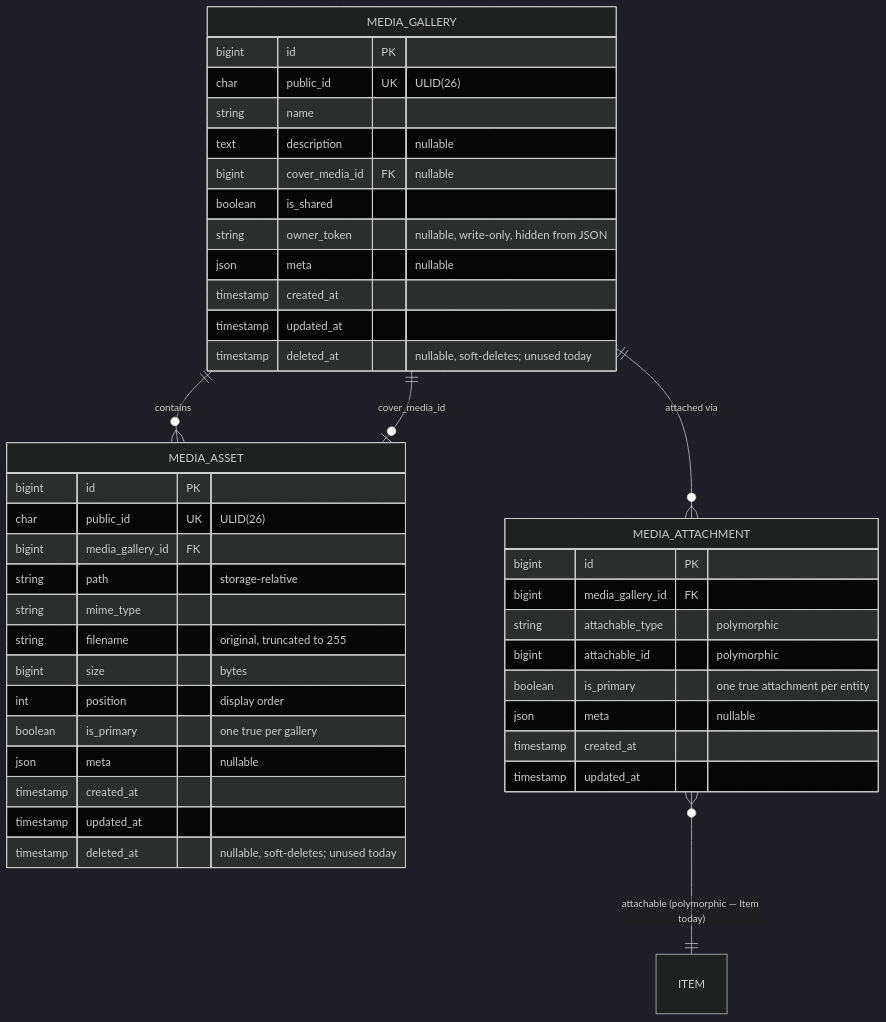
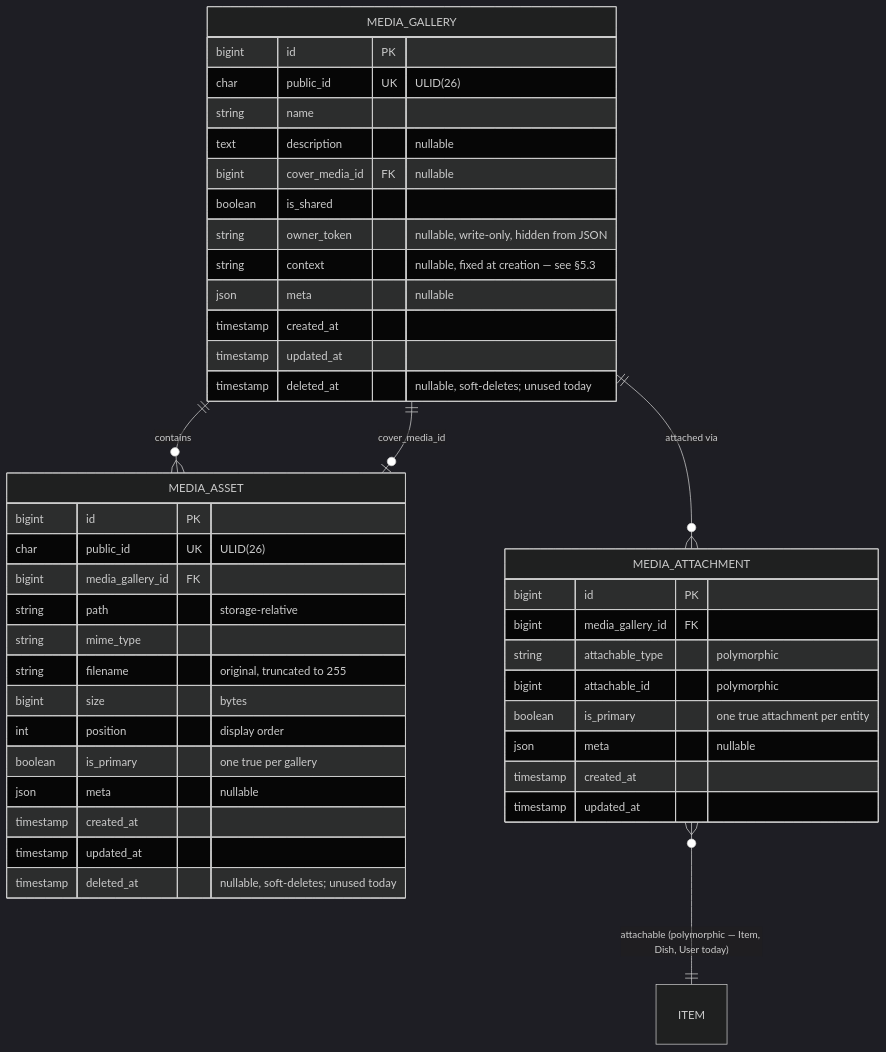
Before and after one commit to pakodiazdev/sushigo: the first of 6 diagrams in doc/architecture/media/media-architecture.en.md, drawn with Mermaid (dark theme). The commit also changed other lines of this file and 70 other files, not shown here.

````diff
--- a/doc/architecture/media/media-architecture.en.md
+++ b/doc/architecture/media/media-architecture.en.md
@@ -27,48 +27,49 @@
 ```mermaid
 erDiagram
     MEDIA_GALLERY ||--o{ MEDIA_ASSET : contains
     MEDIA_GALLERY ||--o{ MEDIA_ATTACHMENT : "attached via"
     MEDIA_GALLERY ||--o| MEDIA_ASSET : "cover_media_id"
-    MEDIA_ATTACHMENT }o--|| ITEM : "attachable (polymorphic — Item today)"
+    MEDIA_ATTACHMENT }o--|| ITEM : "attachable (polymorphic — Item, Dish, User today)"
 
     MEDIA_GALLERY {
         bigint id PK
         char public_id UK "ULID(26)"
         string name
         text description "nullable"
         bigint cover_media_id FK "nullable"
         boolean is_shared
         string owner_token "nullable, write-only, hidden from JSON"
+        string context "nullable, fixed at creation — see §5.3"
         json meta "nullable"
         timestamp created_at
         timestamp updated_at
         timestamp deleted_at "nullable, soft-deletes; unused today"
     }
 
     MEDIA_ASSET {
         bigint id PK
         char public_id UK "ULID(26)"
         bigint media_gallery_id FK
         string path "storage-relative"
         string mime_type
         string filename "original, truncated to 255"
         bigint size "bytes"
         int position "display order"
         boolean is_primary "one true per gallery"
         json meta "nullable"
         timestamp created_at
         timestamp updated_at
         timestamp deleted_at "nullable, soft-deletes; unused today"
     }
 
     MEDIA_ATTACHMENT {
         bigint id PK
         bigint media_gallery_id FK
         string attachable_type "polymorphic"
         bigint attachable_id "polymorphic"
         boolean is_primary "one true attachment per entity"
         json meta "nullable"
         timestamp created_at
         timestamp updated_at
     }
 ```
````
